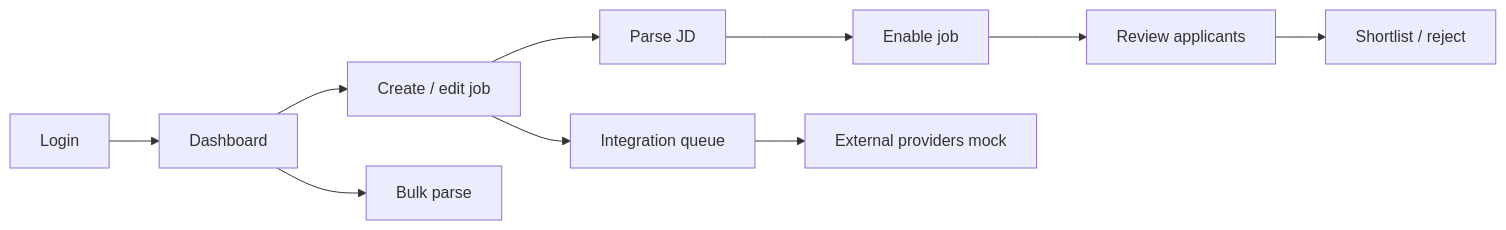
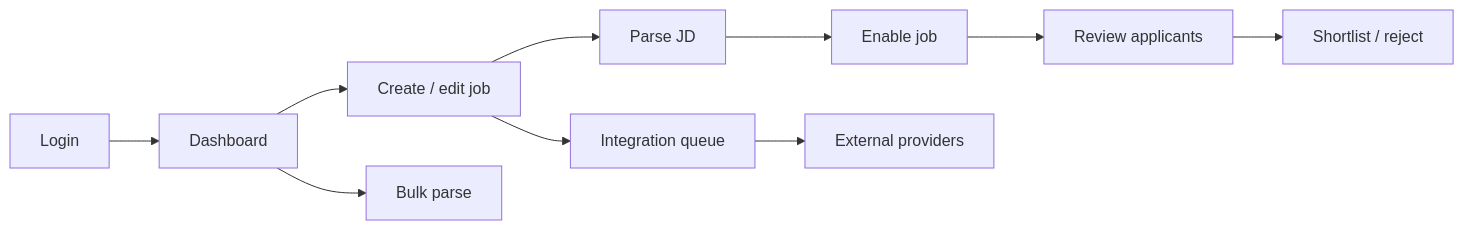
Before and after one commit to TechBerryAI/HR-Intelligence-Platform: the third of 8 diagrams in docs/04-Workflow.md, drawn with Mermaid. The commit also changed other lines of this file and 35 other files, not shown here.

````diff
--- a/docs/04-Workflow.md
+++ b/docs/04-Workflow.md
@@ -210,12 +210,12 @@
 ```mermaid
 flowchart LR
   L[Login] --> D[Dashboard]
   D --> J[Create / edit job]
   J --> P[Parse JD]
   P --> E[Enable job]
   E --> R[Review applicants]
   R --> S[Shortlist / reject]
   D --> B[Bulk parse]
   J --> I[Integration queue]
-  I --> X[External providers mock]
+  I --> X[External providers]
 ```
````
